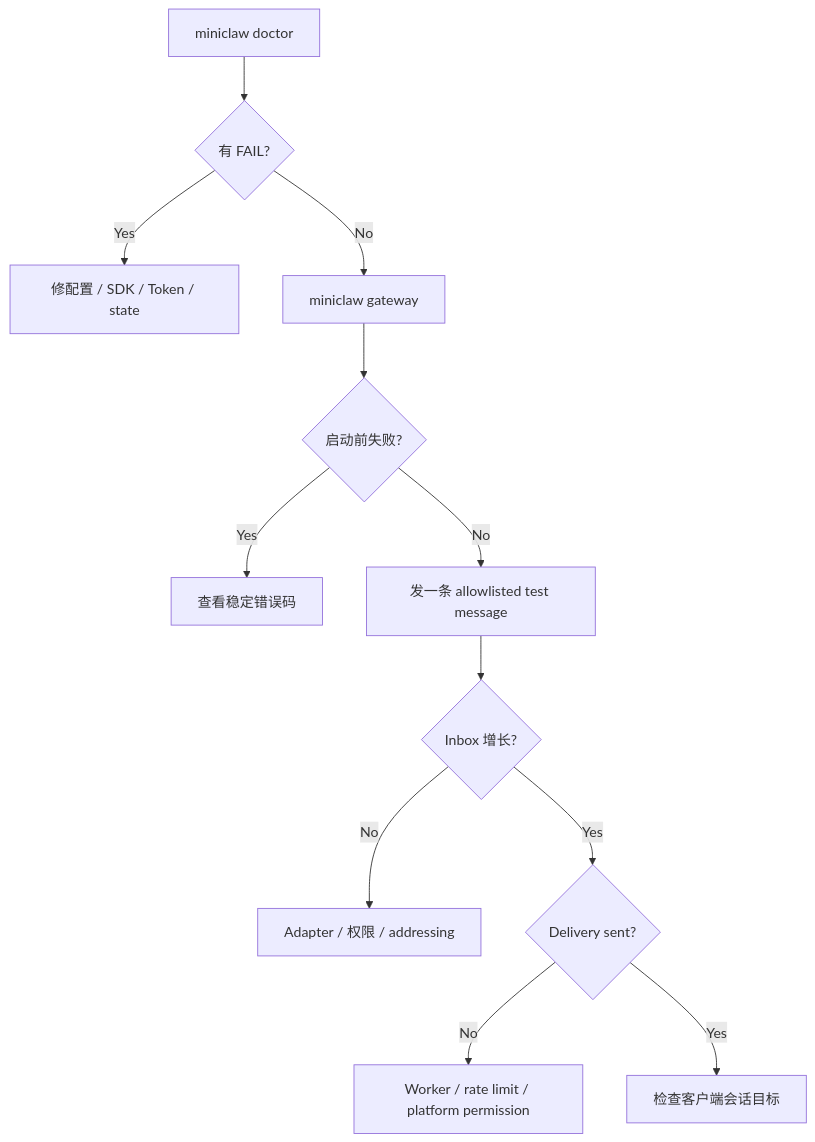
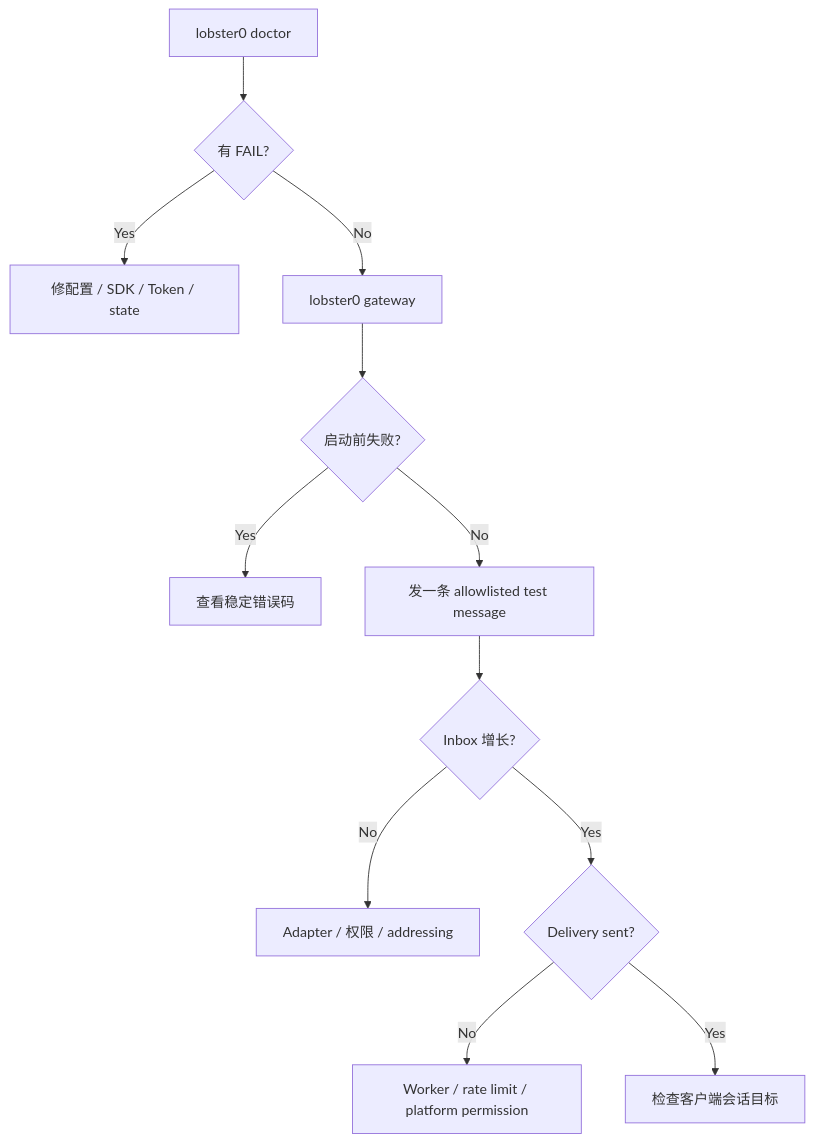
The diagram in docs/engineering/phase-5/20260808_troubleshooting.md (NEDONION/lobster0), drawn with Mermaid before and after one commit. The commit also changed other lines of this file and 221 other files, not shown here.

````diff
--- a/docs/engineering/phase-5/20260808_troubleshooting.md
+++ b/docs/engineering/phase-5/20260808_troubleshooting.md
@@ -11,14 +11,14 @@
 ```mermaid
 flowchart TD
-    A["miniclaw doctor"] --> B{"有 FAIL?"}
+    A["lobster0 doctor"] --> B{"有 FAIL?"}
     B -->|"Yes"| C["修配置 / SDK / Token / state"]
-    B -->|"No"| D["miniclaw gateway"]
+    B -->|"No"| D["lobster0 gateway"]
     D --> E{"启动前失败?"}
     E -->|"Yes"| F["查看稳定错误码"]
     E -->|"No"| G["发一条 allowlisted test message"]
     G --> H{"Inbox 增长?"}
     H -->|"No"| I["Adapter / 权限 / addressing"]
     H -->|"Yes"| J{"Delivery sent?"}
     J -->|"No"| K["Worker / rate limit / platform permission"]
     J -->|"Yes"| L["检查客户端会话目标"]
 ```
````
